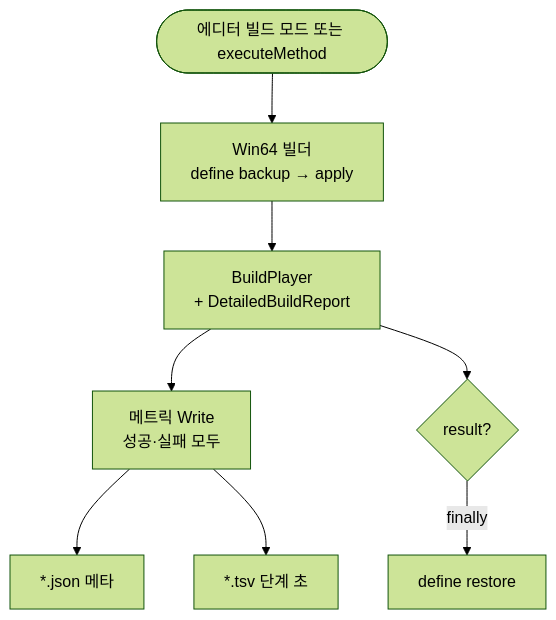
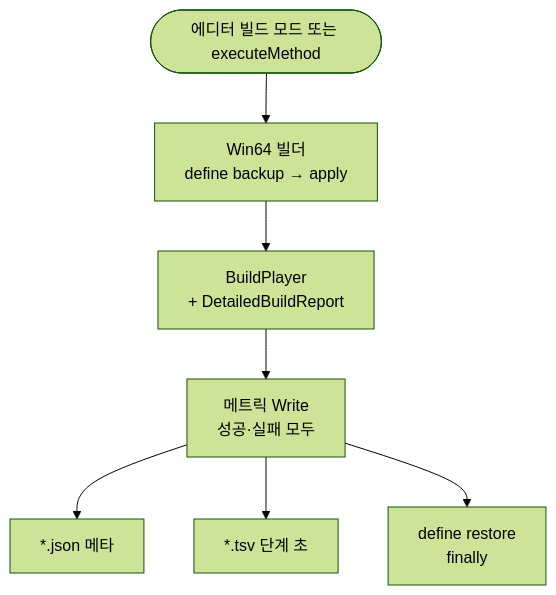
The diagram in notes/dragon-win64-build-metrics.md (monet5379/monet5379.github.io), drawn with Mermaid (forest theme) before and after one commit. The commit also changed other lines of this file and 2 other files, not shown here.

Commit message:
feat(notes): Dev 플레이 세션 계측 노트 추가 및 Win64 노트 보강

````diff
--- a/notes/dragon-win64-build-metrics.md
+++ b/notes/dragon-win64-build-metrics.md
@@ -40,11 +40,10 @@
 ```mermaid
 flowchart TD
   E(["에디터 빌드 모드 또는 executeMethod"])
-  E --> B["Win64 빌더\ndefine backup → apply"]
-  B --> P["BuildPlayer\n+ DetailedBuildReport"]
-  P --> W["메트릭 Write\n성공·실패 모두"]
+  E --> B["Win64 빌더<br/>define backup → apply"]
+  B --> P["BuildPlayer<br/>+ DetailedBuildReport"]
+  P --> W["메트릭 Write<br/>성공·실패 모두"]
   W --> J["*.json 메타"]
   W --> T["*.tsv 단계 초"]
-  P --> R{"result?"}
-  R -->|finally| D["define restore"]
+  W --> D["define restore<br/>finally"]
 ```
````
